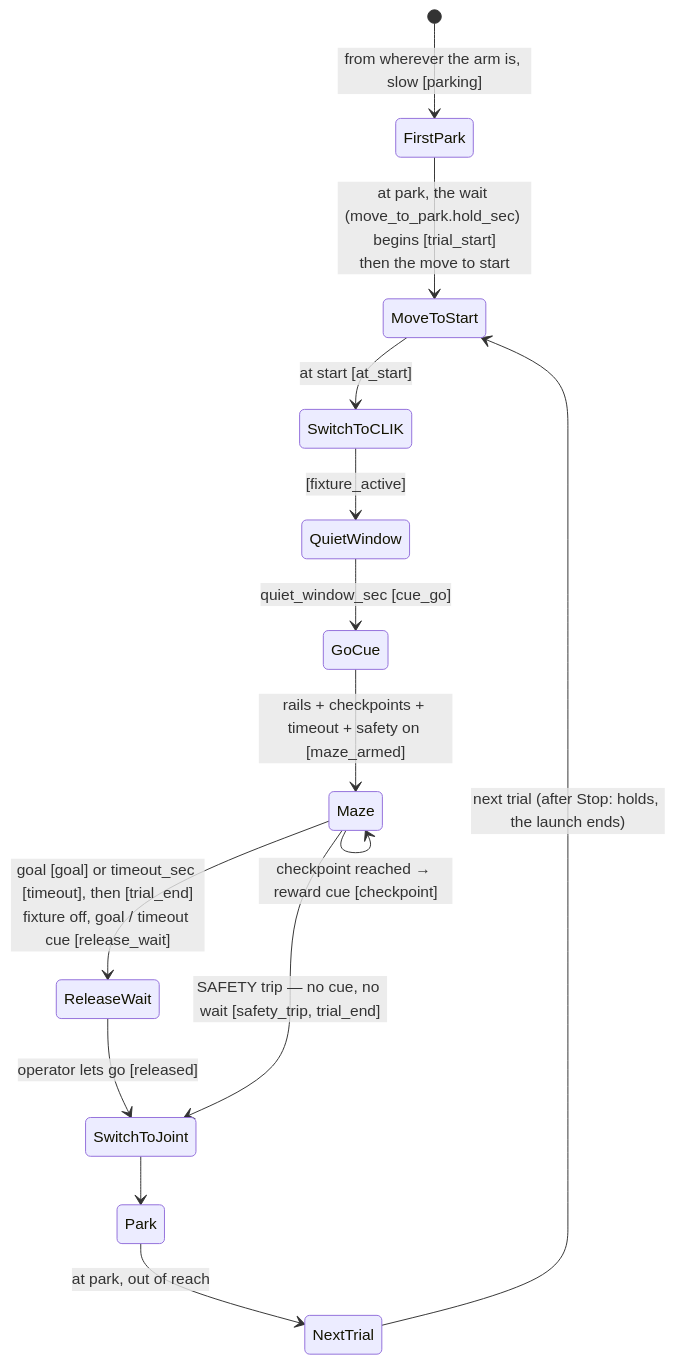
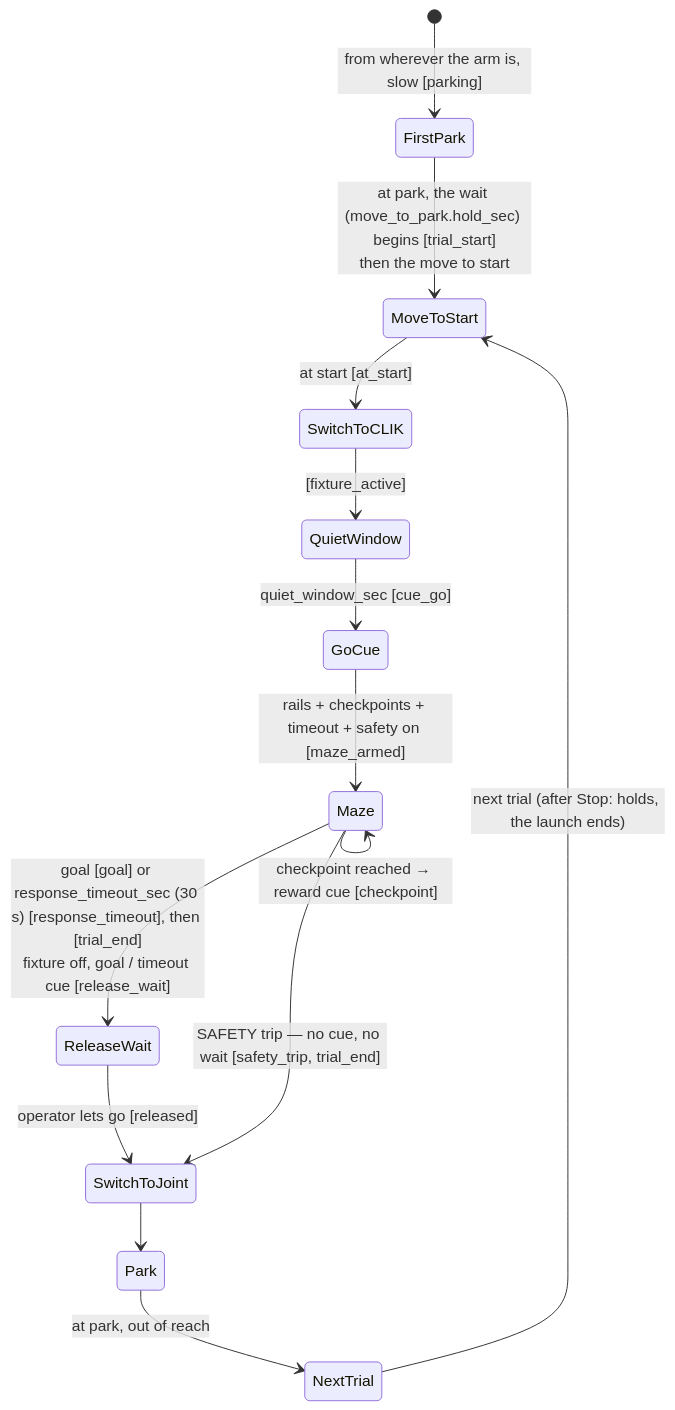
One commit to sinthlab/sinthlab-kuka-stack changed the eighth of 9 diagrams in README.md. Above: the diagram before and after it, drawn with Mermaid. The commit also changed other lines of this file and 18 other files, not shown here.

````diff
--- a/README.md
+++ b/README.md
@@ -1990,16 +2013,16 @@
 ```mermaid
 stateDiagram-v2
     [*] --> FirstPark : from wherever the arm is, slow [parking]
     FirstPark --> MoveToStart : at park, the wait (move_to_park.hold_sec) begins [trial_start]<br/>then the move to start
     MoveToStart --> SwitchToCLIK : at start [at_start]
     SwitchToCLIK --> QuietWindow : [fixture_active]
     QuietWindow --> GoCue : quiet_window_sec [cue_go]
     GoCue --> Maze : rails + checkpoints + timeout + safety on [maze_armed]
     Maze --> Maze : checkpoint reached → reward cue [checkpoint]
-    Maze --> ReleaseWait : goal [goal] or timeout_sec [timeout], then [trial_end]<br/>fixture off, goal / timeout cue [release_wait]
+    Maze --> ReleaseWait : goal [goal] or response_timeout_sec (30 s) [response_timeout], then [trial_end]<br/>fixture off, goal / timeout cue [release_wait]
     ReleaseWait --> SwitchToJoint : operator lets go [released]
     Maze --> SwitchToJoint : SAFETY trip — no cue, no wait [safety_trip, trial_end]
     SwitchToJoint --> Park
     Park --> NextTrial : at park, out of reach
     NextTrial --> MoveToStart : next trial (after Stop: holds, the launch ends)
 ```
````
